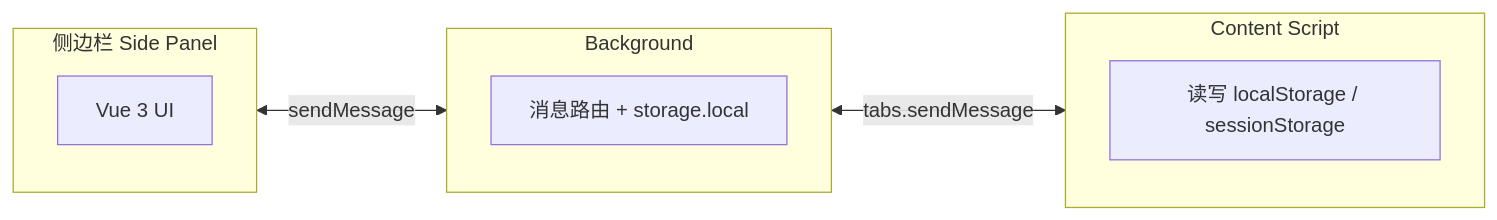
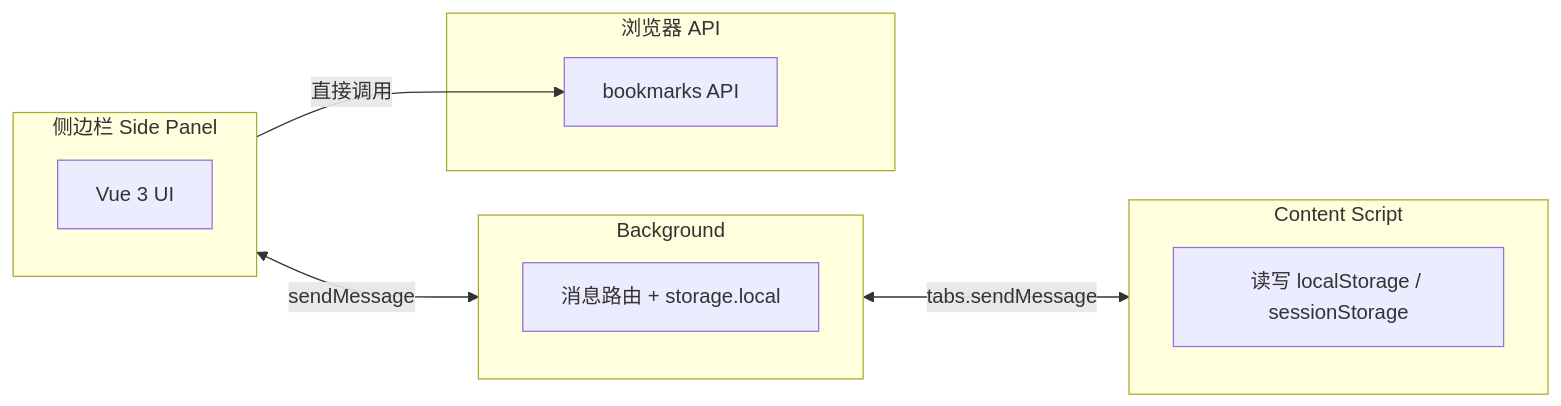
Before and after one commit to liudezhang/multiToolAssistant: the diagram in README.md, drawn with Mermaid. The commit also changed other lines of this file and 22 other files, not shown here.

````diff
--- a/README.md
+++ b/README.md
@@ -84,17 +89,22 @@
 ```mermaid
 flowchart LR
     subgraph SP["侧边栏 Side Panel"]
         A[Vue 3 UI]
     end
 
     subgraph BG["Background"]
         B[消息路由 + storage.local]
     end
 
     subgraph CS["Content Script"]
         C[读写 localStorage / sessionStorage]
     end
 
+    subgraph API["浏览器 API"]
+        D[bookmarks API]
+    end
+
     SP <-->|sendMessage| BG
     BG <-->|tabs.sendMessage| CS
+    SP -->|直接调用| D
 ```
````
